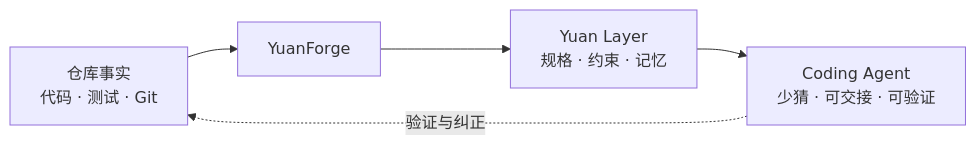
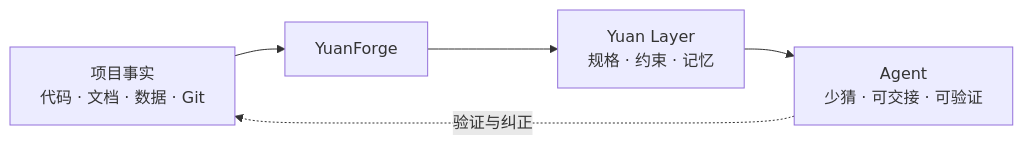
The diagram in README.md (lzxgogogo/YuanForge), drawn with Mermaid before and after one commit. The commit also changed other lines of this file and 16 other files, not shown here.

Commit message:
Bootstrap YuanForge across project types

````diff
--- a/README.md
+++ b/README.md
@@ -28,7 +28,7 @@
 ```mermaid
 flowchart LR
-    R["仓库事实<br/>代码 · 测试 · Git"] --> Y["YuanForge"]
+    R["项目事实<br/>代码 · 文档 · 数据 · Git"] --> Y["YuanForge"]
     Y --> L["Yuan Layer<br/>规格 · 约束 · 记忆"]
-    L --> A["Coding Agent<br/>少猜 · 可交接 · 可验证"]
+    L --> A["Agent<br/>少猜 · 可交接 · 可验证"]
     A -. "验证与纠正" .-> R
 ```
````
